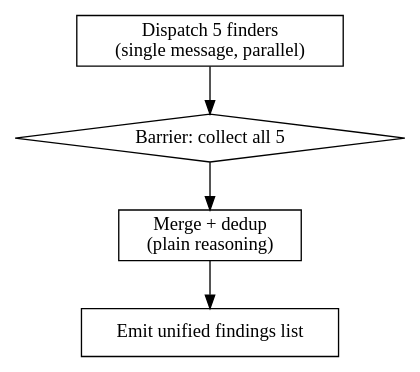
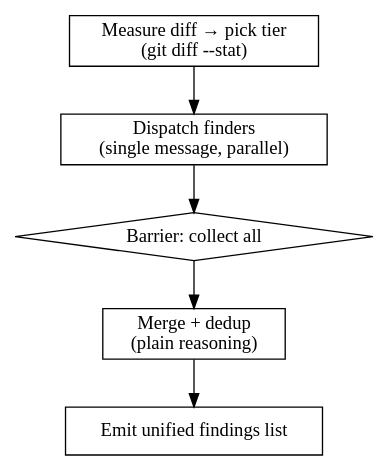
The diagram in skills/parallel-code-review/SKILL.md (Minkey27/ai-skills), drawn with Graphviz before and after one commit. The commit also changed other lines of this file and 2 other files, not shown here.

First line of the commit message:
feat(parallel-code-review): tier finder count by diff size

````diff
--- a/skills/parallel-code-review/SKILL.md
+++ b/skills/parallel-code-review/SKILL.md
@@ -50,10 +55,11 @@
 ```dot
 digraph pcr {
   rankdir=TB; node [shape=box];
-  dispatch [label="Dispatch 5 finders\n(single message, parallel)"];
-  collect  [label="Barrier: collect all 5" shape=diamond];
+  tier     [label="Measure diff → pick tier\n(git diff --stat)"];
+  dispatch [label="Dispatch finders\n(single message, parallel)"];
+  collect  [label="Barrier: collect all" shape=diamond];
   dedup    [label="Merge + dedup\n(plain reasoning)"];
   emit     [label="Emit unified findings list"];
-  dispatch -> collect -> dedup -> emit;
+  tier -> dispatch -> collect -> dedup -> emit;
 }
 ```
````
